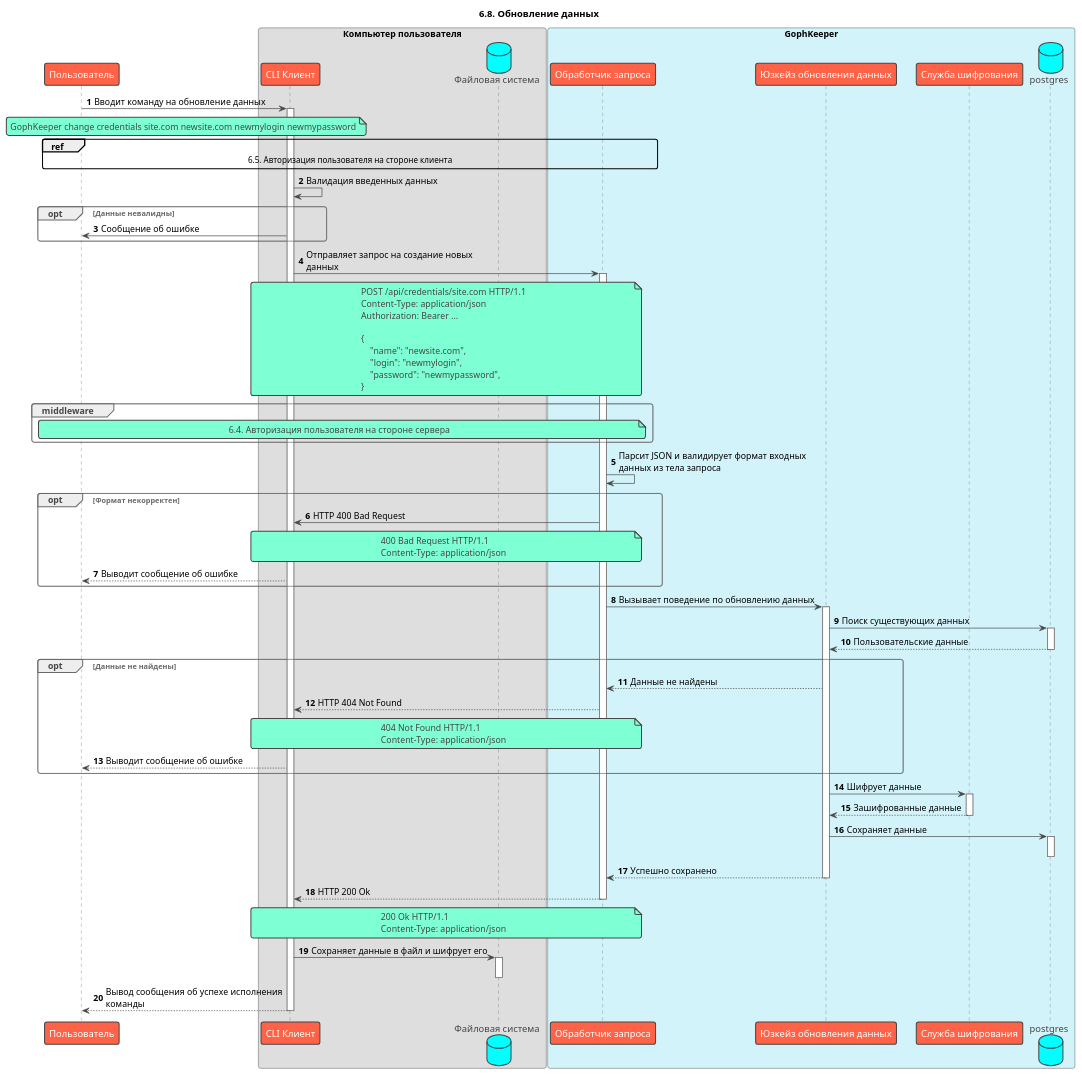
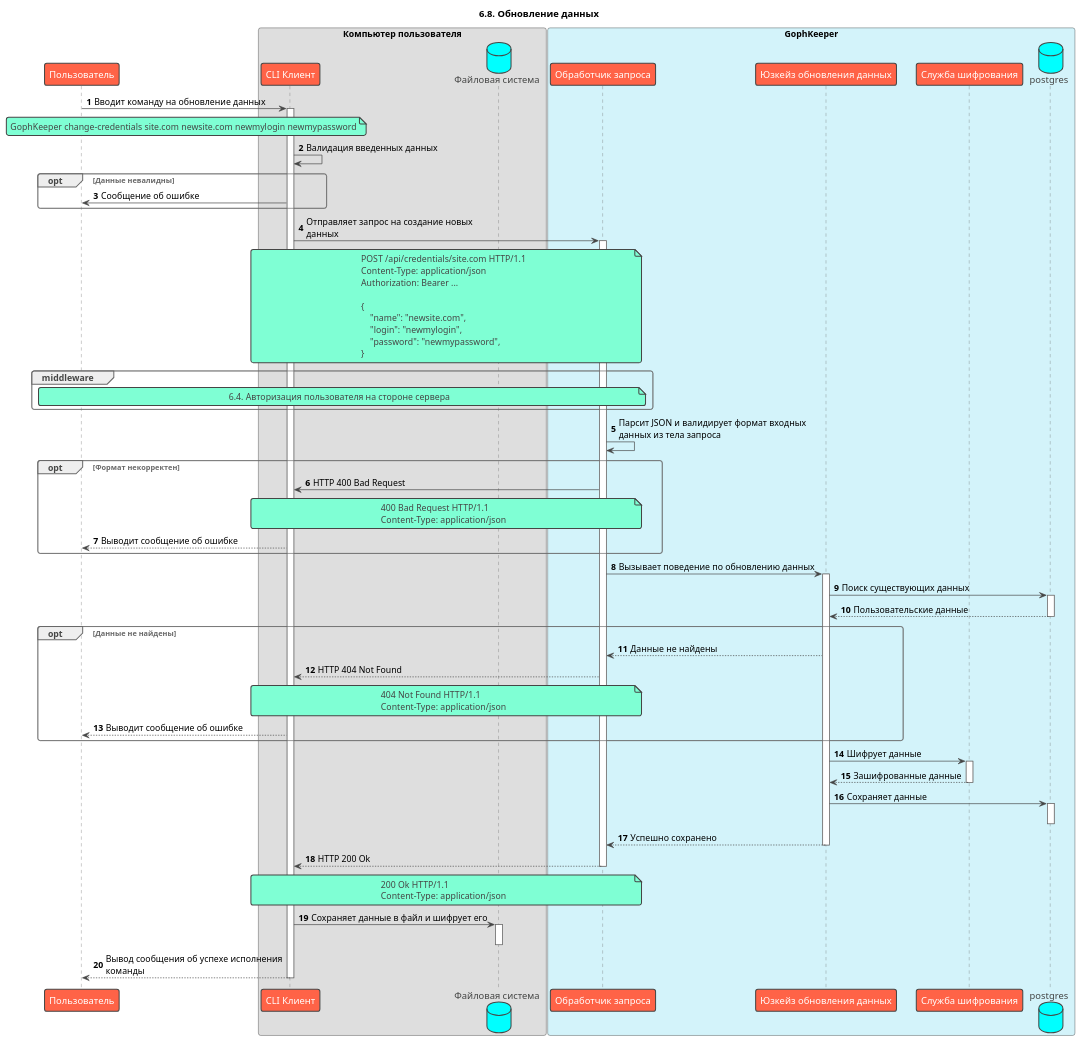
The diagram in docs/arc42/6. Runtime View/6.8 Update.puml (Nickolasll/GophKeeper), drawn with PlantUML before and after one commit. The commit also changed 83 other files, not shown here.

```diff
--- a/docs/arc42/6. Runtime View/6.8 Update.puml
+++ b/docs/arc42/6. Runtime View/6.8 Update.puml
@@ -1,93 +1,89 @@
 @startuml
 !theme vibrant
 title: 6.8. Обновление данных
 skinparam maxMessageSize 300
 autonumber
 
 participant "Пользователь" as user
 box "Компьютер пользователя" #DEDEDE
     participant "CLI Клиент" as client
     database "Файловая система" as file
 end box
 
 box "GophKeeper" #d3f3fa
     participant "Обработчик запроса" as handler
     participant "Юзкейз обновления данных" as usecase
     participant "Служба шифрования" as crypto
     database "postgres" as db
 end box
 
 user -> client ++ : Вводит команду на обновление данных
 note over user, client
-    GophKeeper change credentials site.com newsite.com newmylogin newmypassword
+    GophKeeper change-credentials site.com newsite.com newmylogin newmypassword
 end note
-
-ref over user, handler
-    6.5. Авторизация пользователя на стороне клиента
-end
 
 client -> client: Валидация введенных данных
 
 opt Данные невалидны
     client -> user: Сообщение об ошибке
 end
 
 client -> handler ++ : Отправляет запрос на создание новых данных
 note over client, handler
     POST /api/credentials/site.com HTTP/1.1
     Content-Type: application/json
     Authorization: Bearer ...
     
     {
         "name": "newsite.com",
         "login": "newmylogin",
         "password": "newmypassword",
     }
 end note
 
 group middleware
     note over user, handler: 6.4. Авторизация пользователя на стороне сервера
 end group
 
 handler -> handler: Парсит JSON и валидирует формат входных данных из тела запроса
 opt Формат некорректен
     handler -> client: HTTP 400 Bad Request
     note over client, handler
         400 Bad Request HTTP/1.1
         Content-Type: application/json
     end note
     client --> user: Выводит сообщение об ошибке
 end
 
 handler -> usecase ++ : Вызывает поведение по обновлению данных
 usecase -> db ++ : Поиск существующих данных
 return Пользовательские данные
 opt Данные не найдены
     usecase --> handler: Данные не найдены
     handler --> client: HTTP 404 Not Found
     note over client, handler
         404 Not Found HTTP/1.1
         Content-Type: application/json
     end note
     client --> user: Выводит сообщение об ошибке
 end
 
 usecase -> crypto ++ : Шифрует данные
 return Зашифрованные данные
 
 usecase -> db : Сохраняет данные
 activate db
 deactivate db
 
 return Успешно сохранено
 return HTTP 200 Ok
 note over client, handler
     200 Ok HTTP/1.1
     Content-Type: application/json
 end note
 
 client -> file: Сохраняет данные в файл и шифрует его
 activate file
 deactivate file 
 return Вывод сообщения об успехе исполнения команды
 @enduml
```
